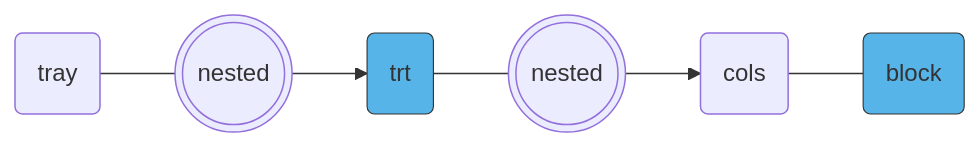
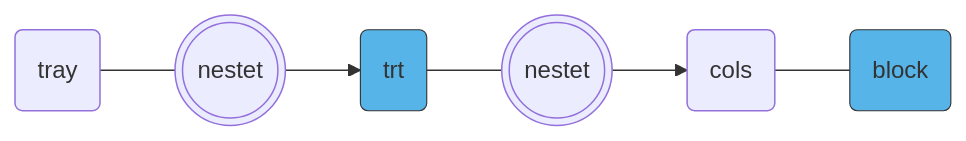
One commit to jkruppa/jkruppa.github.io changed the fourth of 7 diagrams in experimental-design-advanced.qmd. Above: the diagram before and after it, drawn with Mermaid. The commit also changed other lines of this file and 29 other files, not shown here.

````diff
--- a/experimental-design-advanced.qmd
+++ b/experimental-design-advanced.qmd
@@ -487,8 +508,8 @@
 ```{mermaid}
 %%| label: fig-mermaid-sub-2
 %%| fig-width: 6
 %%| fig-cap: "text"
 flowchart LR
-    A(tray) --- B(((nested))) --> C(trt):::factor --- D(((nested))) --> E(cols) --- F(block):::factor
+    A(tray) --- B(((nestet))) --> C(trt):::factor --- D(((nestet))) --> E(cols) --- F(block):::factor
     classDef factor fill:#56B4E9,stroke:#333,stroke-width:0.75px
 ```
````
